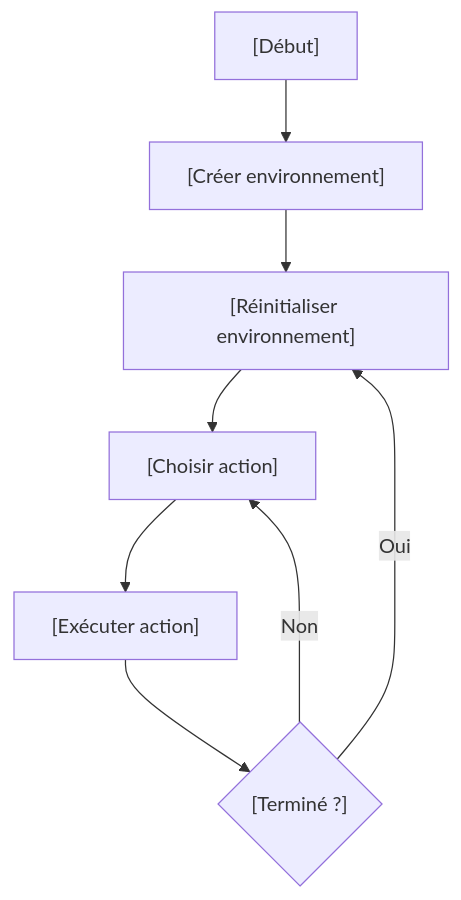
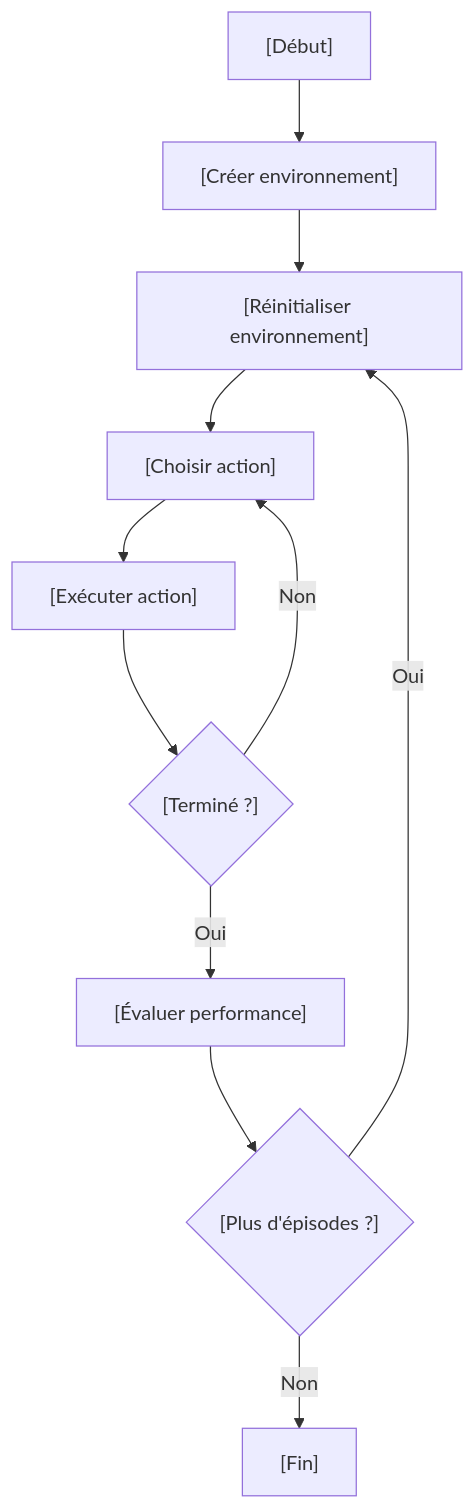
One commit to ennajari/reinforcement-learning changed the first of 6 diagrams in README.md. Above: the diagram before and after it, drawn with Mermaid. The commit also changed other lines of this file and 2 other files, not shown here.

````diff
--- a/README.md
+++ b/README.md
@@ -49,10 +137,13 @@
 ```mermaid
 flowchart TD
     A["[Début]"] --> B["[Créer environnement]"]
     B --> C["[Réinitialiser environnement]"]
     C --> D["[Choisir action]"]
     D --> E["[Exécuter action]"]
     E --> F{"[Terminé ?]"}
     F -->|Non| D
-    F -->|Oui| C
+    F -->|Oui| G["[Évaluer performance]"]
+    G --> H{"[Plus d'épisodes ?]"}
+    H -->|Oui| C
+    H -->|Non| I["[Fin]"]
 ```
````
